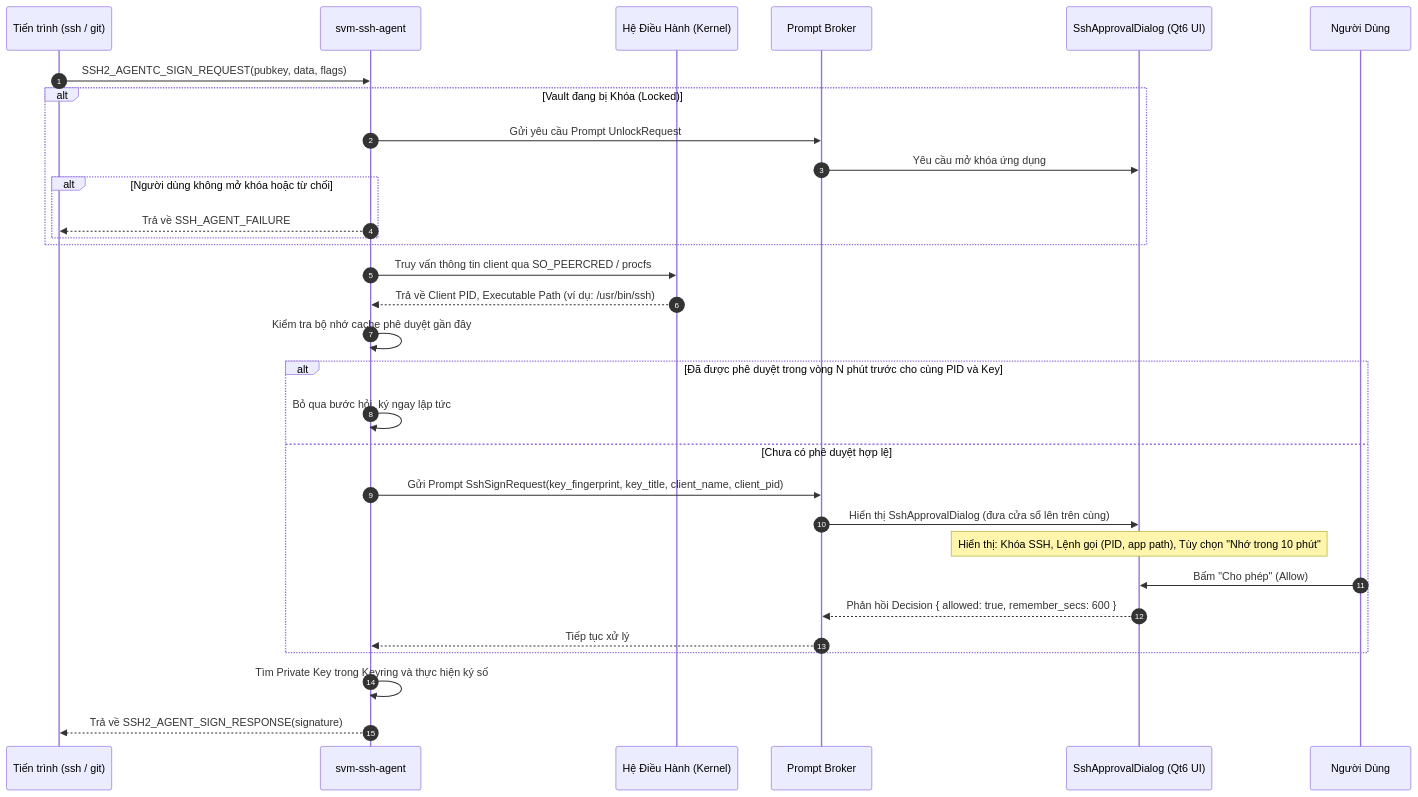
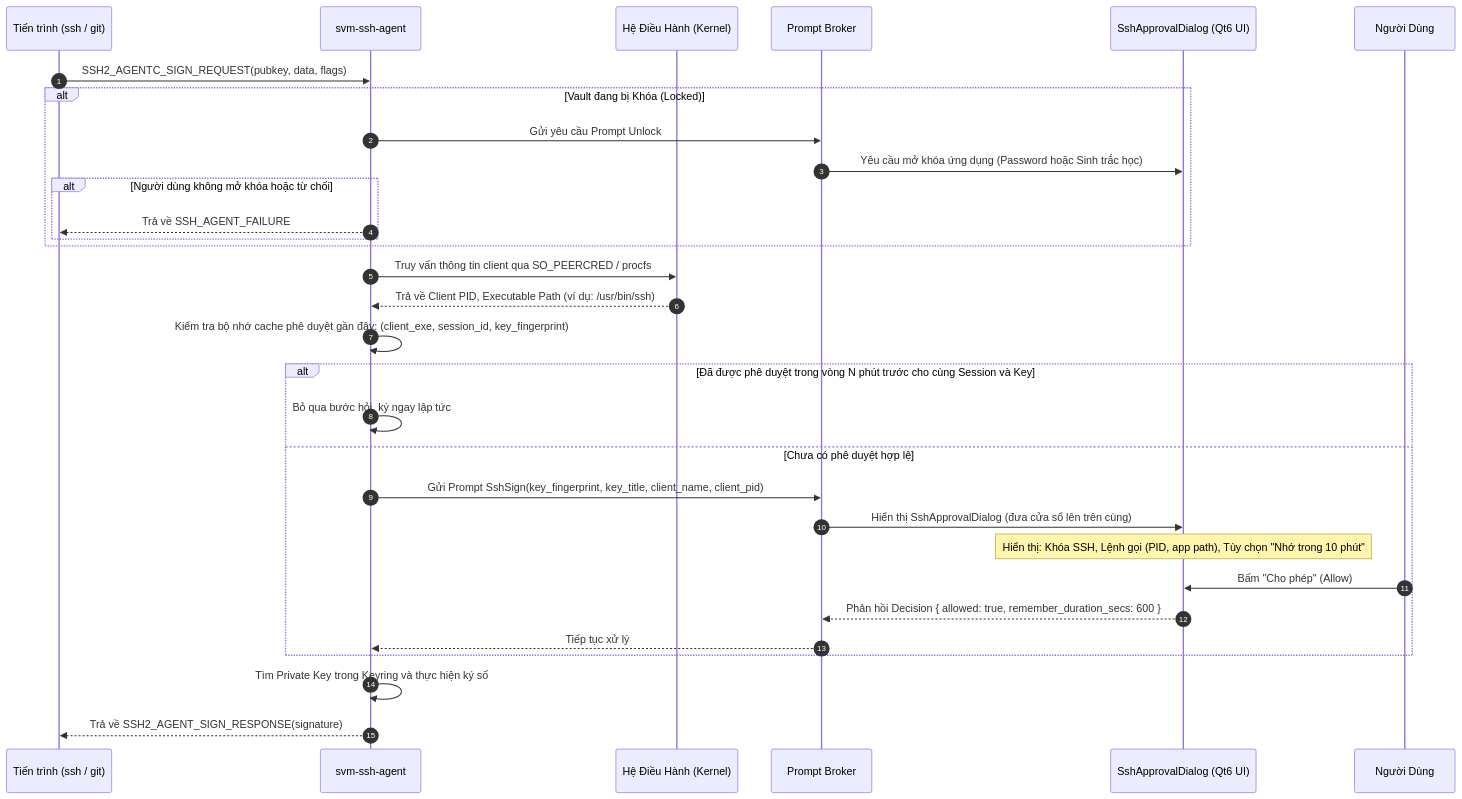
Before and after one commit to hephaestus-developers/secure-vault-manager: the second of 2 diagrams in docs/08. SSH Agent Protocol.md, drawn with Mermaid. The commit also changed other lines of this file and 10 other files, not shown here.

Commit message:
docs: standardize 9-category schema, passkey isolation, and technical specs across all documentation

````diff
--- a/docs/08. SSH Agent Protocol.md
+++ b/docs/08. SSH Agent Protocol.md
@@ -101,34 +109,34 @@
 ```mermaid
 sequenceDiagram
     autonumber
     participant Client as Tiến trình (ssh / git)
     participant Agent as svm-ssh-agent
     participant Peer as Hệ Điều Hành (Kernel)
     participant Broker as Prompt Broker
     participant UI as SshApprovalDialog (Qt6 UI)
     participant User as Người Dùng
 
     Client->>Agent: SSH2_AGENTC_SIGN_REQUEST(pubkey, data, flags)
     alt Vault đang bị Khóa (Locked)
-        Agent->>Broker: Gửi yêu cầu Prompt UnlockRequest
-        Broker->>UI: Yêu cầu mở khóa ứng dụng
+        Agent->>Broker: Gửi yêu cầu Prompt Unlock
+        Broker->>UI: Yêu cầu mở khóa ứng dụng (Password hoặc Sinh trắc học)
         alt Người dùng không mở khóa hoặc từ chối
             Agent-->>Client: Trả về SSH_AGENT_FAILURE
         end
     end
     Agent->>Peer: Truy vấn thông tin client qua SO_PEERCRED / procfs
     Peer-->>Agent: Trả về Client PID, Executable Path (ví dụ: /usr/bin/ssh)
-    Agent->>Agent: Kiểm tra bộ nhớ cache phê duyệt gần đây
-    alt Đã được phê duyệt trong vòng N phút trước cho cùng PID và Key
+    Agent->>Agent: Kiểm tra bộ nhớ cache phê duyệt gần đây: (client_exe, session_id, key_fingerprint)
+    alt Đã được phê duyệt trong vòng N phút trước cho cùng Session và Key
         Agent->>Agent: Bỏ qua bước hỏi, ký ngay lập tức
     else Chưa có phê duyệt hợp lệ
-        Agent->>Broker: Gửi Prompt SshSignRequest(key_fingerprint, key_title, client_name, client_pid)
+        Agent->>Broker: Gửi Prompt SshSign(key_fingerprint, key_title, client_name, client_pid)
         Broker->>UI: Hiển thị SshApprovalDialog (đưa cửa sổ lên trên cùng)
         Note over UI: Hiển thị: Khóa SSH, Lệnh gọi (PID, app path), Tùy chọn "Nhớ trong 10 phút"
         User->>UI: Bấm "Cho phép" (Allow)
-        UI-->>Broker: Phản hồi Decision { allowed: true, remember_secs: 600 }
+        UI-->>Broker: Phản hồi Decision { allowed: true, remember_duration_secs: 600 }
         Broker-->>Agent: Tiếp tục xử lý
     end
     Agent->>Agent: Tìm Private Key trong Keyring và thực hiện ký số
     Agent-->>Client: Trả về SSH2_AGENT_SIGN_RESPONSE(signature)
 ```
````
